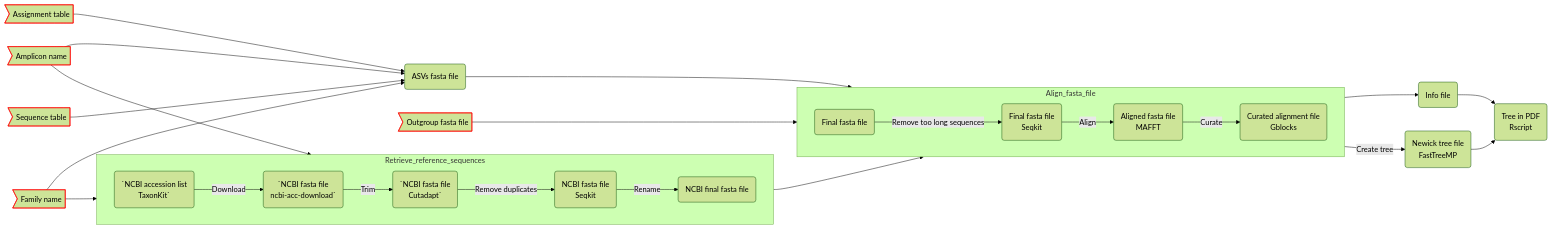
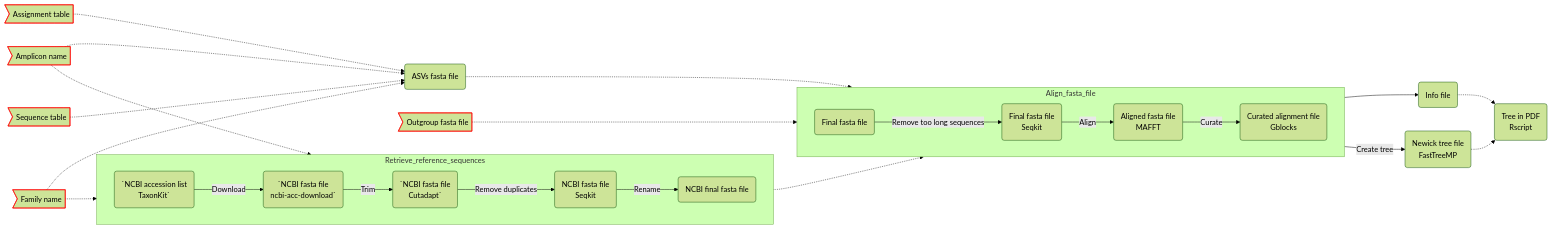
Before and after one commit to Enorya/Phylo-tree_eDNA: the diagram in README.md, drawn with Mermaid (forest theme).

````diff
--- a/README.md
+++ b/README.md
@@ -20,47 +20,47 @@
 ```mermaid
 flowchart LR
 	amplicon>Amplicon name]
 	family>Family name]
 	Assign>Assignment table]
 	Seq>Sequence table]
 	Out>Outgroup fasta file]
 	step1(`NCBI accession list
 TaxonKit`)
 	step2(`NCBI fasta file
 ncbi-acc-download`)
 	step3(`NCBI fasta file
 Cutadapt`)
 	step4(NCBI fasta file
 Seqkit)
 	step5(NCBI final fasta file)
 	step6(ASVs fasta file)
 	step7(Final fasta file)
 	step8(Final fasta file
 Seqkit)
 	step9(Aligned fasta file
 MAFFT)
 	step10(Curated alignment file
 Gblocks)
 	step11(Newick tree file
 FastTreeMP)
 	step12(Info file)
 	step13(Tree in PDF
 Rscript)
 
 	subgraph Retrieve_reference_sequences
 		direction LR
         	step1 -->|Download| step2 -->|Trim| step3 -->|Remove duplicates| step4 -->|Rename| step5
 	end
 	subgraph Align_fasta_file
 		direction LR
         	step7 -->|Remove too long sequences| step8 -->|Align| step9 -->|Curate| step10
 	end
-	amplicon:::red --> step1
-	family:::red --> step1
-	amplicon:::red & Assign:::red & Seq:::red & family:::red --> step6
-	step5 & Out:::red & step6 --> step7
-	step10 --> step12 --> step13
-	step10 -->|Create tree| step11 --> step13
+	amplicon:::red -.-> step1
+	family:::red -.-> step1
+	amplicon:::red & Assign:::red & Seq:::red & family:::red -.-> step6
+	step5 & Out:::red & step6 -.-> step7
+	step10 --> step12 -.-> step13
+	step10 -->|Create tree| step11 -.-> step13
 	classDef red stroke:#f00
 
 ```
````
